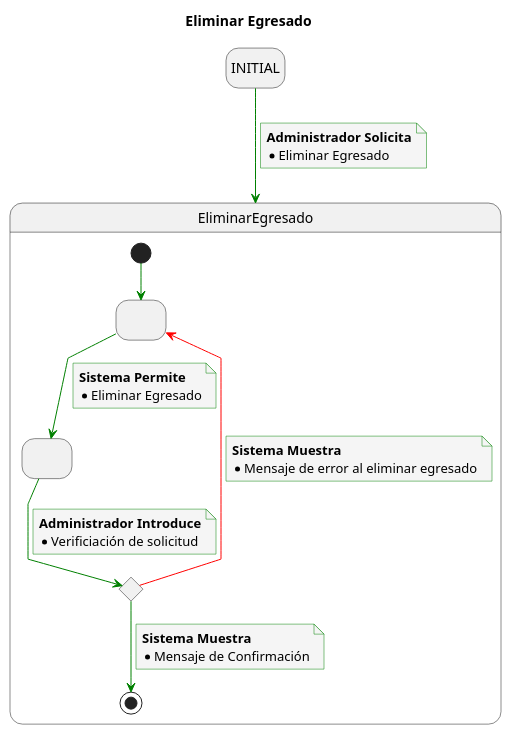
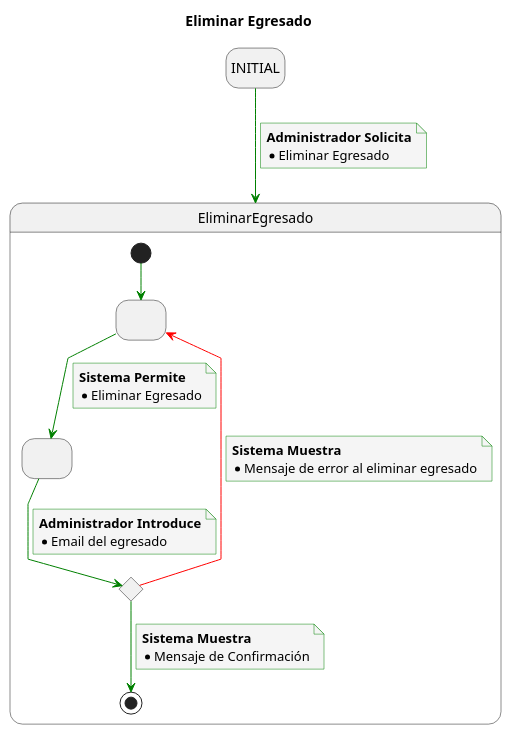
One commit to mmasias/23-24-IdSw1-SDR changed the diagram in Caso_de_Uso/Casos_de_Uso/Administrador/CRUD_Egresados/Eliminar_Egresado/Caso_de_Uso.puml. Above: the diagram before and after it, drawn with PlantUML. The commit also changed 4 other files, not shown here.

```diff
--- a/Caso_de_Uso/Casos_de_Uso/Administrador/CRUD_Egresados/Eliminar_Egresado/Caso_de_Uso.puml
+++ b/Caso_de_Uso/Casos_de_Uso/Administrador/CRUD_Egresados/Eliminar_Egresado/Caso_de_Uso.puml
@@ -1,55 +1,55 @@
 @startuml
 
 title Eliminar Egresado
 
 skinparam {
     NoteBackgroundColor #whiteSmoke
     ArrowColor #green
     NoteBorderColor #green
     linetype polyline
 }
 
 hide empty description
 
 state startState as "INITIAL"
 
 startState --> EliminarEgresado
 note on link
     <b>Administrador Solicita</b>
     * Eliminar Egresado
 end note
 
 state EliminarEgresado {
 state 2 as " "
 state 3 as " "
 state 4 <<choice>>
 
 [*] -down-> 2
 
 2 -down-> 3
 note on link
 <b>Sistema Permite</b>
 * Eliminar Egresado
 end note
 
 3 -down-> 4
 note on link
 <b>Administrador Introduce</b>
-* Verificiación de solicitud
+* Email del egresado
 end note
 
 4 -down-> [*]
 note on link
 <b>Sistema Muestra</b>
 * Mensaje de Confirmación
 end note
 
 4 -[#red]-> 2
 note on link
 <b>Sistema Muestra</b>
 * Mensaje de error al eliminar egresado
 end note
 
 }
 
 @enduml
```
